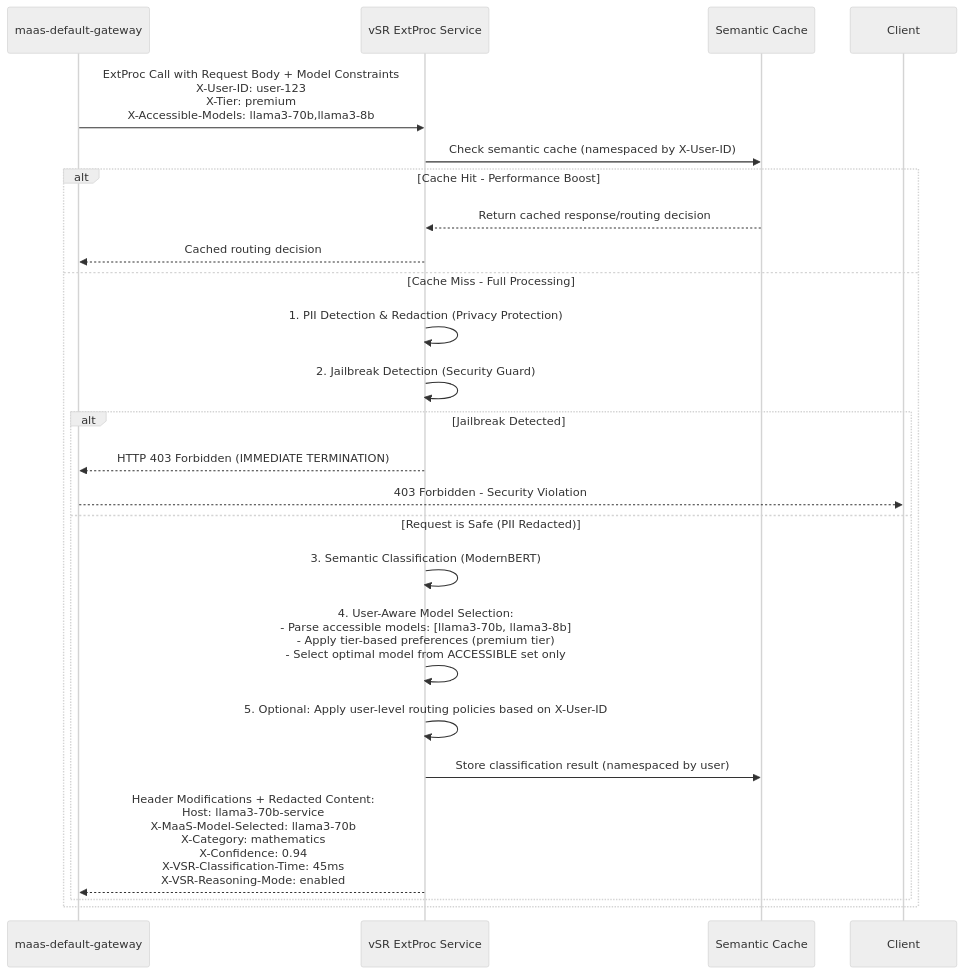
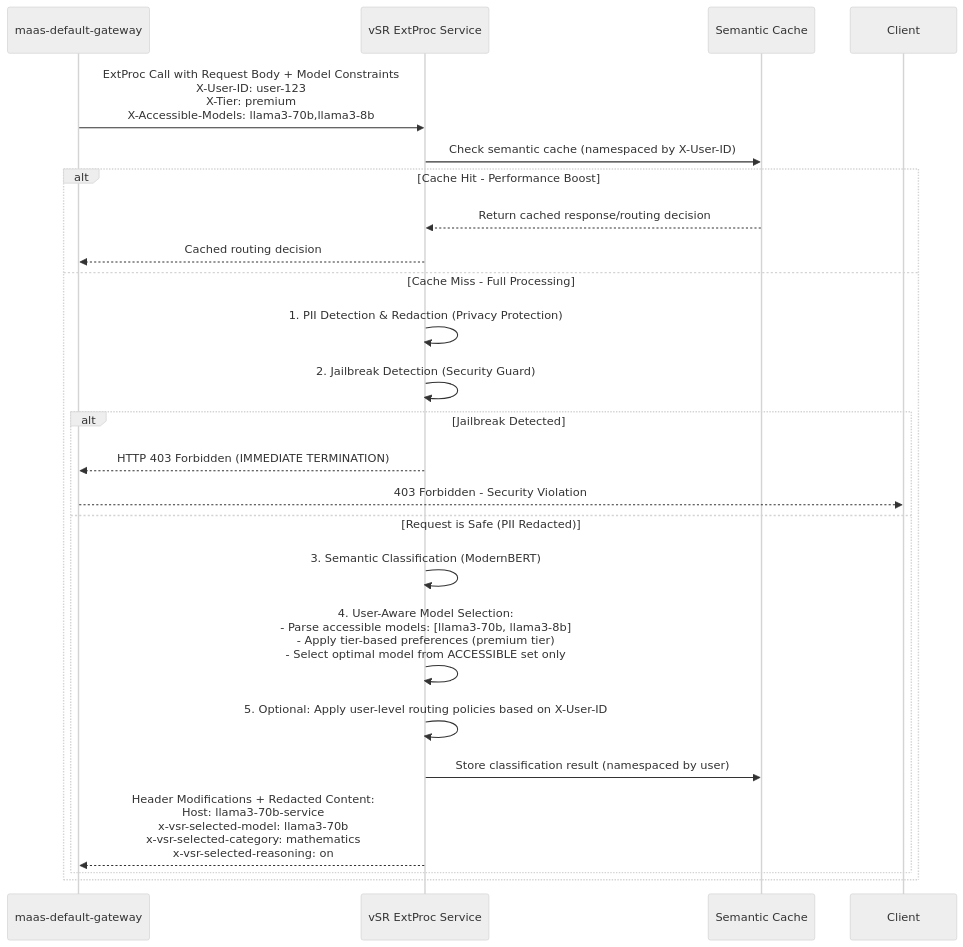
Before and after one commit to noyitz/maas-billing: the sixth of 9 diagrams in docs/designs/vSR-Integration/README.md, drawn with Mermaid (neutral theme). The commit also changed other lines of this file, not shown here.

````diff
--- a/docs/designs/vSR-Integration/README.md
+++ b/docs/designs/vSR-Integration/README.md
@@ -300,30 +300,30 @@
 ```mermaid
 sequenceDiagram
     participant Gateway as maas-default-gateway
     participant vSR as vSR ExtProc Service
     participant Cache as Semantic Cache
     participant Client
     
     Gateway->>vSR: ExtProc Call with Request Body + Model Constraints<br/>X-User-ID: user-123<br/>X-Tier: premium<br/>X-Accessible-Models: llama3-70b,llama3-8b
     
     vSR->>Cache: Check semantic cache (namespaced by X-User-ID)
     
     alt Cache Hit - Performance Boost
         Cache-->>vSR: Return cached response/routing decision
         vSR-->>Gateway: Cached routing decision
     else Cache Miss - Full Processing
         vSR->>vSR: 1. PII Detection & Redaction (Privacy Protection)
         vSR->>vSR: 2. Jailbreak Detection (Security Guard)
         
         alt Jailbreak Detected
             vSR-->>Gateway: HTTP 403 Forbidden (IMMEDIATE TERMINATION)
             Gateway-->>Client: 403 Forbidden - Security Violation
         else Request is Safe (PII Redacted)
             vSR->>vSR: 3. Semantic Classification (ModernBERT)
             vSR->>vSR: 4. User-Aware Model Selection:<br/>- Parse accessible models: [llama3-70b, llama3-8b]<br/>- Apply tier-based preferences (premium tier)<br/>- Select optimal model from ACCESSIBLE set only
             vSR->>vSR: 5. Optional: Apply user-level routing policies based on X-User-ID
             vSR->>Cache: Store classification result (namespaced by user)
-            vSR-->>Gateway: Header Modifications + Redacted Content:<br/>Host: llama3-70b-service<br/>X-MaaS-Model-Selected: llama3-70b<br/>X-Category: mathematics<br/>X-Confidence: 0.94<br/>X-VSR-Classification-Time: 45ms<br/>X-VSR-Reasoning-Mode: enabled
+            vSR-->>Gateway: Header Modifications + Redacted Content:<br/>Host: llama3-70b-service<br/>x-vsr-selected-model: llama3-70b<br/>x-vsr-selected-category: mathematics<br/>x-vsr-selected-reasoning: on
         end
     end
 ```
````
